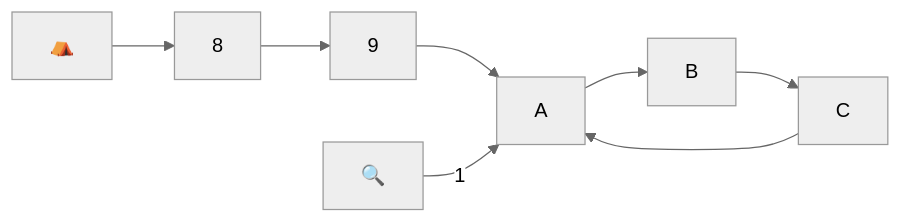
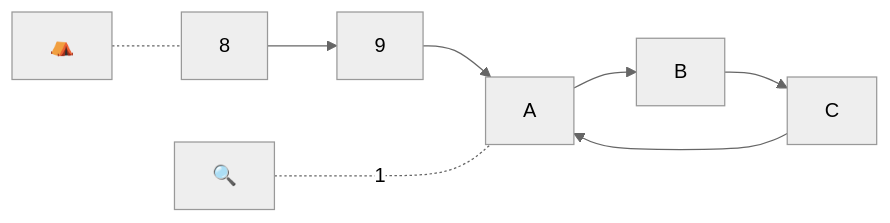
One commit to raganwald/raganwald.github.com changed diagram 11 of 13 in _posts/2026-02-15-nuralagus-rex.md. Above: the diagram before and after it, drawn with Mermaid (neutral theme). The commit also changed other lines of this file, not shown here.

```diff
--- a/_posts/2026-02-15-nuralagus-rex.md
+++ b/_posts/2026-02-15-nuralagus-rex.md
@@ -237,15 +237,15 @@
 <div class="mermaid">
   graph LR
     
     base["⛺️"]
     search["🔍"]
     e["8"]
     f["9"]
     g["A"]
     h["B"]
     i["C"]
 
     e-->f-->g-->h-->i-->g
-    base-->e
-    search--1-->g
+    base-.-e
+    search-..-|"1"|g
 </div>
```
